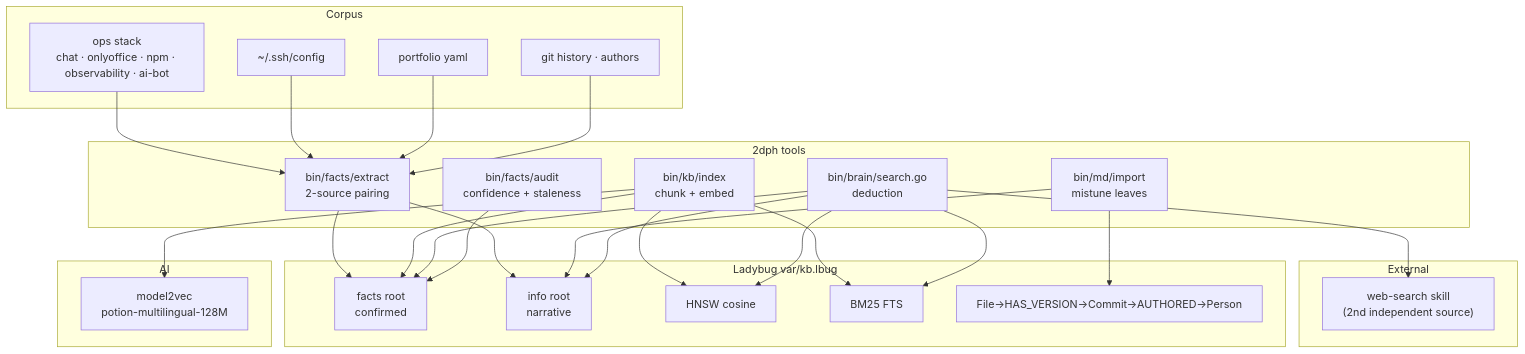
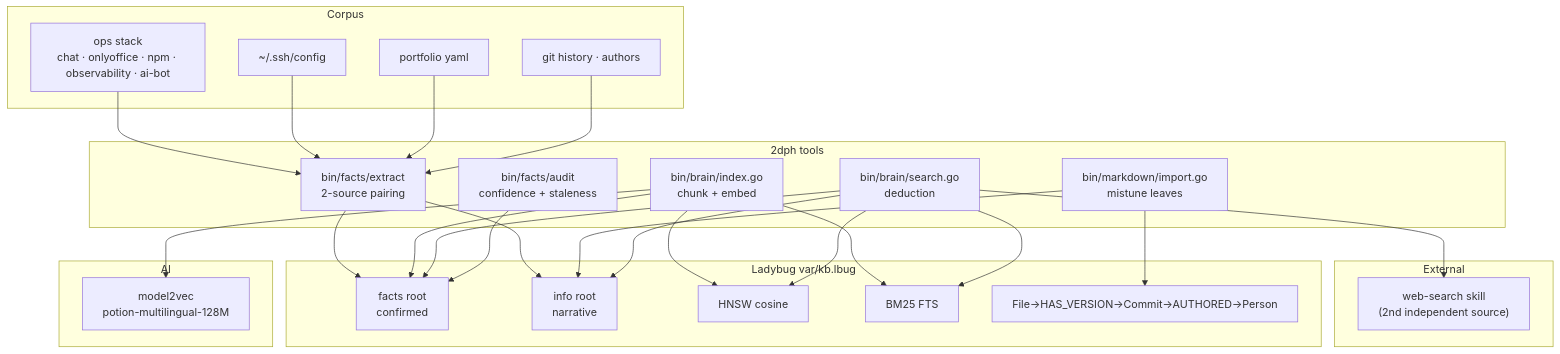
One commit to eSlider/2dph changed the diagram in README.md. Above: the diagram before and after it, drawn with Mermaid. The commit also changed other lines of this file and 30 other files, not shown here.

First line of the commit message:
feat: brain/index.go shebang; mail import is not a brain write (D14).

````diff
--- a/README.md
+++ b/README.md
@@ -21,52 +21,52 @@
 ```mermaid
 graph TB
     subgraph corpus["Corpus"]
         OPS["ops stack<br/>chat · onlyoffice · npm · observability · ai-bot"]
         SSH["~/.ssh/config"]
         CV["portfolio yaml"]
         GH["git history · authors"]
     end
 
     subgraph dph["2dph tools"]
         EX["bin/facts/extract<br/>2-source pairing"]
         AU["bin/facts/audit<br/>confidence + staleness"]
-        IDX["bin/kb/index<br/>chunk + embed"]
-        MD["bin/md/import<br/>mistune leaves"]
+        IDX["bin/brain/index.go<br/>chunk + embed"]
+        MD["bin/markdown/import.go<br/>mistune leaves"]
         SR["bin/brain/search.go<br/>deduction"]
     end
 
     subgraph store["Ladybug var/kb.lbug"]
         FACTS["facts root<br/>confirmed"]
         INFO["info root<br/>narrative"]
         VEC["HNSW cosine"]
         FTS["BM25 FTS"]
         GR["File→HAS_VERSION→Commit→AUTHORED→Person"]
     end
 
     subgraph ai["AI"]
         M2V["model2vec<br/>potion-multilingual-128M"]
     end
 
     subgraph ext["External"]
         WS["web-search skill<br/>(2nd independent source)"]
     end
 
     OPS --> EX
     SSH --> EX
     CV --> EX
     GH --> EX
     EX --> FACTS
     EX --> INFO
     MD --> GR
     MD --> INFO
     IDX --> M2V
     IDX --> VEC
     IDX --> FTS
     IDX --> FACTS
     SR --> FACTS
     SR --> INFO
     SR --> VEC
     SR --> FTS
     SR --> WS
     AU --> FACTS
 ```
````
